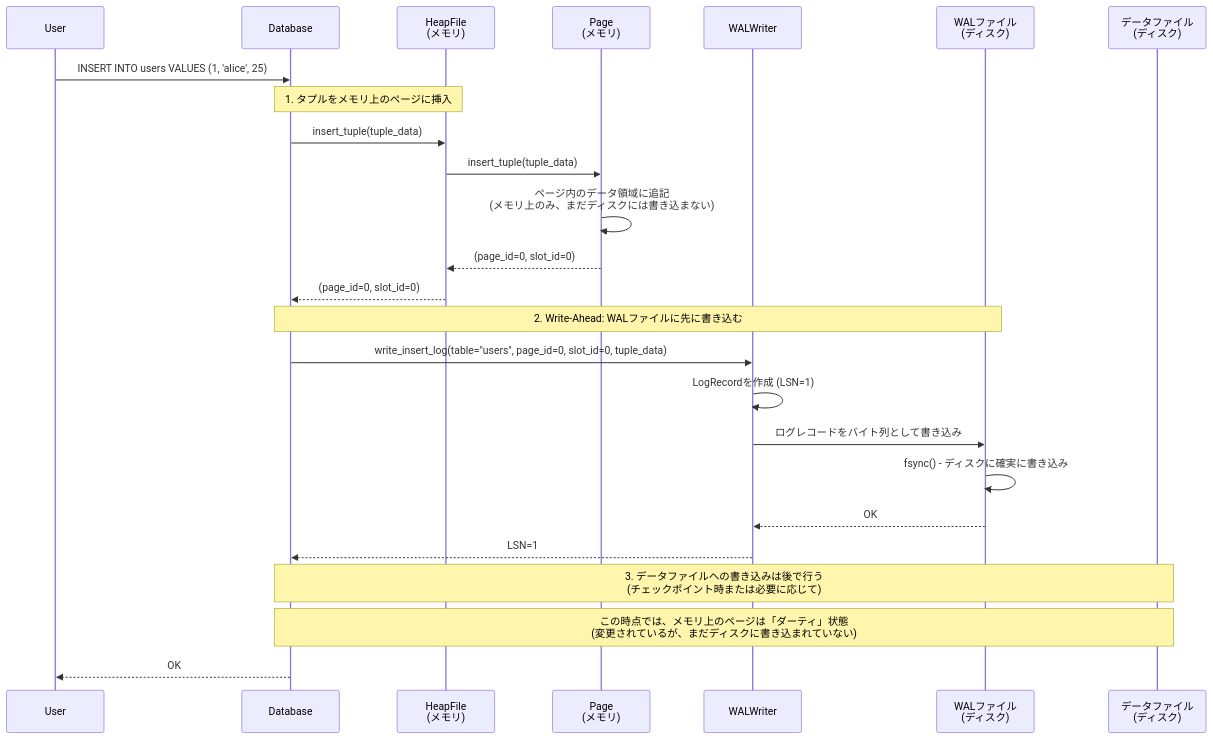
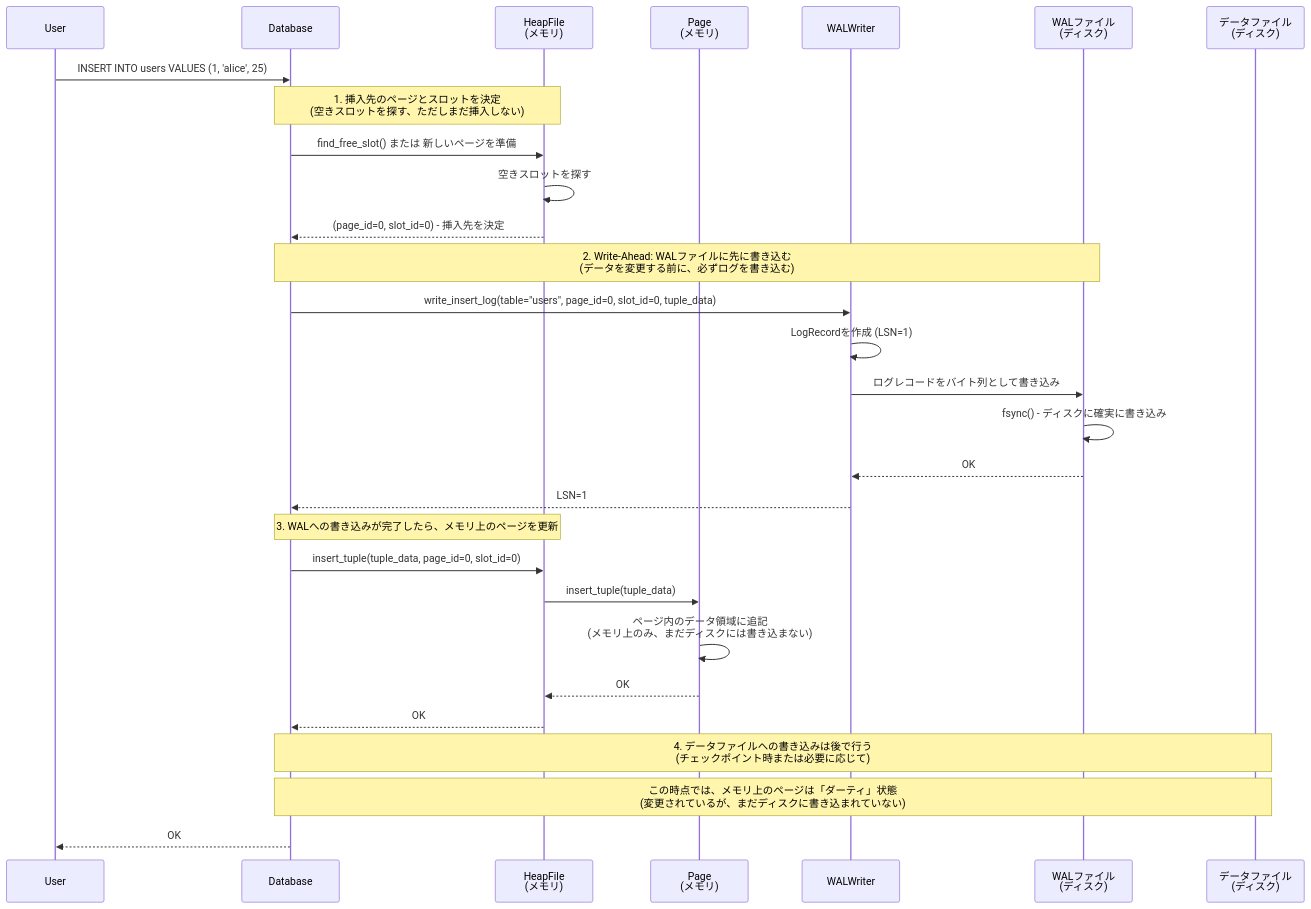
One commit to hirotosuzuki/Senku changed the first of 3 diagrams in database/docs/blogs/phase2-wal.md. Above: the diagram before and after it, drawn with Mermaid. The commit also changed other lines of this file, not shown here.

Commit message:
ブログ記事の修正: WALのシーケンス図をWrite-Ahead原則に合わせて修正

````diff
--- a/database/docs/blogs/phase2-wal.md
+++ b/database/docs/blogs/phase2-wal.md
@@ -82,32 +82,37 @@
 ```mermaid
 sequenceDiagram
     participant U as User
     participant D as Database
     participant HF as HeapFile<br/>(メモリ)
     participant P as Page<br/>(メモリ)
     participant WAL as WALWriter
     participant WALFile as WALファイル<br/>(ディスク)
     participant DataFile as データファイル<br/>(ディスク)
 
     U->>D: INSERT INTO users VALUES (1, 'alice', 25)
     
-    Note over D,HF: 1. タプルをメモリ上のページに挿入
-    D->>HF: insert_tuple(tuple_data)
-    HF->>P: insert_tuple(tuple_data)
-    P->>P: ページ内のデータ領域に追記<br/>(メモリ上のみ、まだディスクには書き込まない)
-    P-->>HF: (page_id=0, slot_id=0)
-    HF-->>D: (page_id=0, slot_id=0)
+    Note over D,HF: 1. 挿入先のページとスロットを決定<br/>(空きスロットを探す、ただしまだ挿入しない)
+    D->>HF: find_free_slot() または 新しいページを準備
+    HF->>HF: 空きスロットを探す
+    HF-->>D: (page_id=0, slot_id=0) - 挿入先を決定
     
-    Note over D,WALFile: 2. Write-Ahead: WALファイルに先に書き込む
+    Note over D,WALFile: 2. Write-Ahead: WALファイルに先に書き込む<br/>(データを変更する前に、必ずログを書き込む)
     D->>WAL: write_insert_log(table="users", page_id=0, slot_id=0, tuple_data)
     WAL->>WAL: LogRecordを作成 (LSN=1)
     WAL->>WALFile: ログレコードをバイト列として書き込み
     WALFile->>WALFile: fsync() - ディスクに確実に書き込み
     WALFile-->>WAL: OK
     WAL-->>D: LSN=1
     
-    Note over D,DataFile: 3. データファイルへの書き込みは後で行う<br/>(チェックポイント時または必要に応じて)
+    Note over D,HF: 3. WALへの書き込みが完了したら、メモリ上のページを更新
+    D->>HF: insert_tuple(tuple_data, page_id=0, slot_id=0)
+    HF->>P: insert_tuple(tuple_data)
+    P->>P: ページ内のデータ領域に追記<br/>(メモリ上のみ、まだディスクには書き込まない)
+    P-->>HF: OK
+    HF-->>D: OK
+    
+    Note over D,DataFile: 4. データファイルへの書き込みは後で行う<br/>(チェックポイント時または必要に応じて)
     Note over D,DataFile: この時点では、メモリ上のページは「ダーティ」状態<br/>(変更されているが、まだディスクに書き込まれていない)
     
     D-->>U: OK
 ```
````
